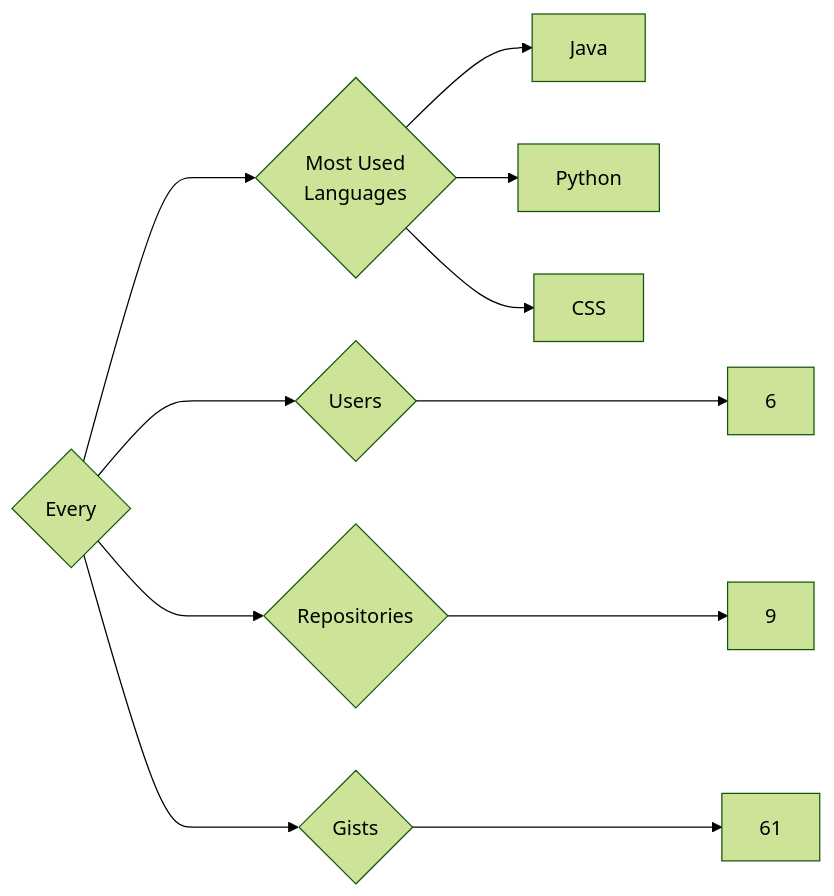
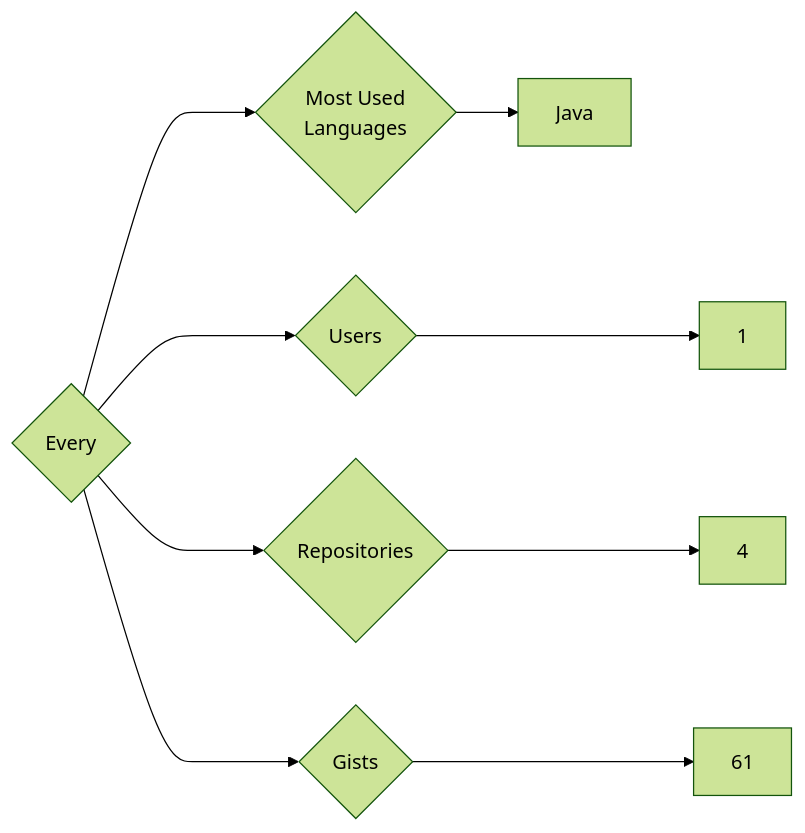
The diagram in targets/Every/README.md (trickest/insiders), drawn with Mermaid (forest theme) before and after one commit. The commit also changed 826 other files, not shown here.

````diff
--- a/targets/Every/README.md
+++ b/targets/Every/README.md
@@ -3,11 +3,9 @@
 ```mermaid
 graph LR
 COMPANY_NAME{Every}
-COMPANY_NAME ---> U{Users} ---> UN[6]
-COMPANY_NAME ---> R{Repositories} ---> RN[9]
+COMPANY_NAME ---> U{Users} ---> UN[1]
+COMPANY_NAME ---> R{Repositories} ---> RN[4]
 COMPANY_NAME ---> G{Gists} ---> GN[61]
 COMPANY_NAME ---> ML{Most Used<br>Languages}
 ML --> Java[Java]
-ML --> Python[Python]
-ML --> CSS[CSS]
 ```
````
